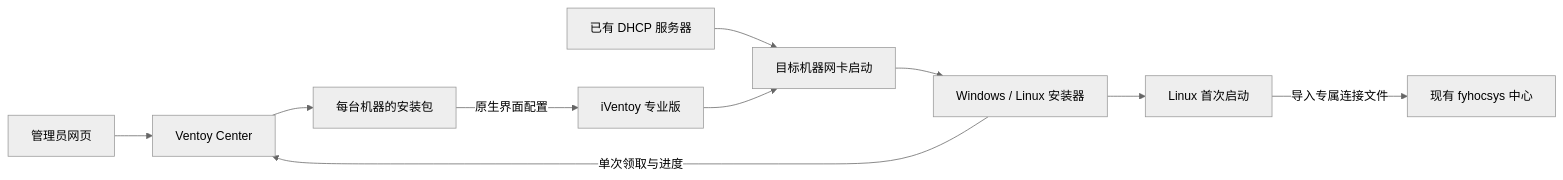
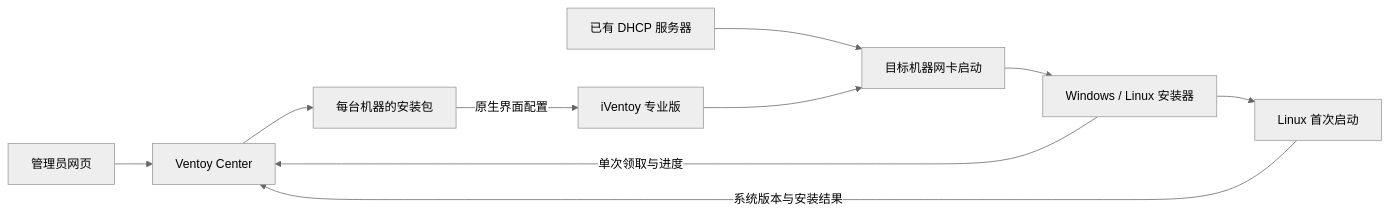
Before and after one commit to SkyWalkerAMD-org/ventoy: the diagram in docs/development/architecture.md, drawn with Mermaid (neutral theme). The commit also changed other lines of this file and 29 other files, not shown here.

````diff
--- a/docs/development/architecture.md
+++ b/docs/development/architecture.md
@@ -3,12 +3,12 @@
 ```mermaid
 flowchart LR
     Browser[管理员网页] --> Controller[Ventoy Center]
     DHCP[已有 DHCP 服务器] --> Client[目标机器网卡启动]
     IVentoy[iVentoy 专业版] --> Client
     Controller --> Kit[每台机器的安装包]
     Kit -->|原生界面配置| IVentoy
     Client --> Installer[Windows / Linux 安装器]
     Installer -->|单次领取与进度| Controller
     Installer --> FirstBoot[Linux 首次启动]
-    FirstBoot -->|导入专属连接文件| FYH[现有 fyhocsys 中心]
+    FirstBoot -->|系统版本与安装结果| Controller
 ```
````
